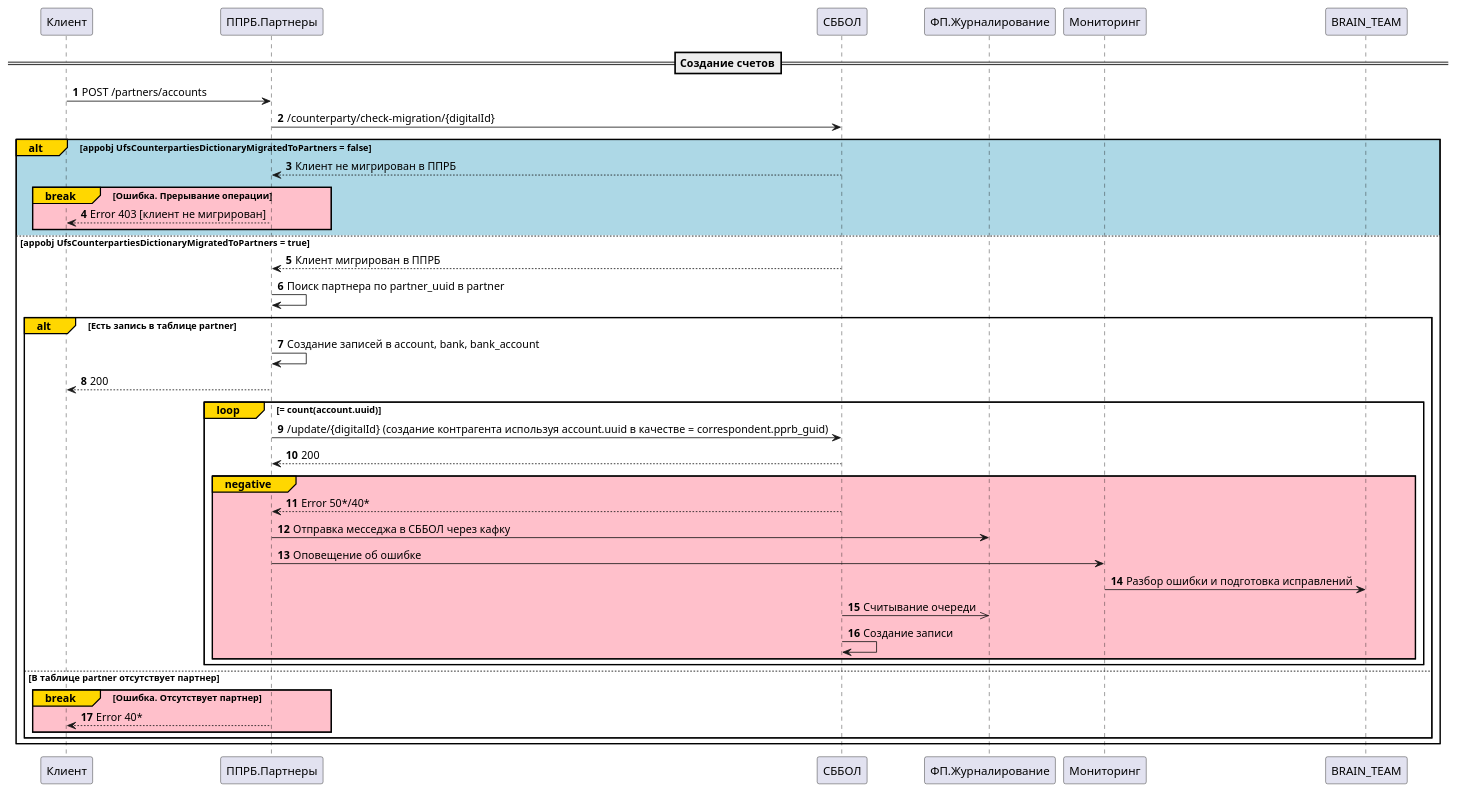
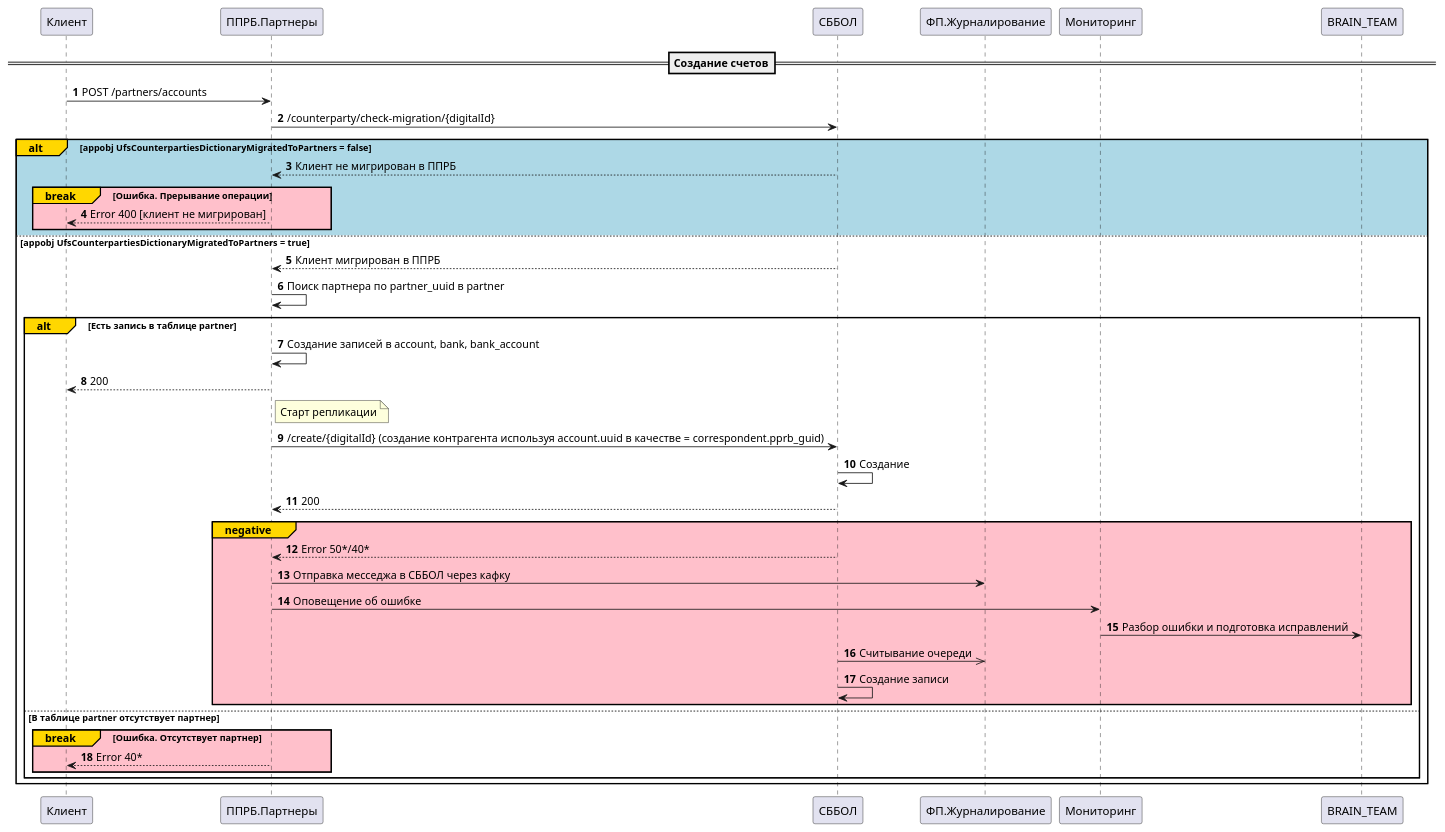
Before and after one commit to SSV4791/sbbol-partners: the diagram in docs/diagrams/replication/Iteration 1/create_account.puml, drawn with PlantUML. The commit also changed 294 other files, not shown here.

```diff
--- a/docs/diagrams/replication/Iteration 1/create_account.puml
+++ b/docs/diagrams/replication/Iteration 1/create_account.puml
@@ -1,36 +1,38 @@
 @startuml
 'https://plantuml.com/sequence-diagram
 autonumber
 ==Создание счетов==
 Клиент -> ППРБ.Партнеры: POST /partners/accounts
 ППРБ.Партнеры -> СББОЛ: /counterparty/check-migration/{digitalId}
 alt#Gold #lightblue appobj UfsCounterpartiesDictionaryMigratedToPartners = false
 СББОЛ --> ППРБ.Партнеры: Клиент не мигрирован в ППРБ
 break#Gold #Pink Ошибка. Прерывание операции
-ППРБ.Партнеры --> Клиент: Error 403 [клиент не мигрирован]
+ППРБ.Партнеры --> Клиент: Error 400 [клиент не мигрирован]
 end
 else #white appobj UfsCounterpartiesDictionaryMigratedToPartners = true
 СББОЛ --> ППРБ.Партнеры: Клиент мигрирован в ППРБ
 ППРБ.Партнеры -> ППРБ.Партнеры: Поиск партнера по partner_uuid в partner
 alt#Gold Есть запись в таблице partner
 ППРБ.Партнеры -> ППРБ.Партнеры: Создание записей в account, bank, bank_account
 ППРБ.Партнеры --> Клиент: 200
-loop#gold = count(account.uuid)
-ППРБ.Партнеры -> СББОЛ: /update/{digitalId} (создание контрагента используя account.uuid в качестве = correspondent.pprb_guid)
+note right of ППРБ.Партнеры
+Старт репликации
+end note
+ППРБ.Партнеры -> СББОЛ: /create/{digitalId} (создание контрагента используя account.uuid в качестве = correspondent.pprb_guid)
+СББОЛ -> СББОЛ: Создание
 СББОЛ --> ППРБ.Партнеры: 200
 group#Gold #Pink negative
 СББОЛ --> ППРБ.Партнеры: Error 50*/40*
 ППРБ.Партнеры -> ФП.Журналирование: Отправка месседжа в СББОЛ через кафку
 ППРБ.Партнеры -> Мониторинг: Оповещение об ошибке
 Мониторинг -> BRAIN_TEAM: Разбор ошибки и подготовка исправлений
 СББОЛ ->> ФП.Журналирование: Считывание очереди
 СББОЛ -> СББОЛ: Создание записи
 end
-end
 else В таблице partner отсутствует партнер
 break#Gold #Pink Ошибка. Отсутствует партнер
 ППРБ.Партнеры --> Клиент: Error 40*
 end
 end
 end
 @enduml
```
